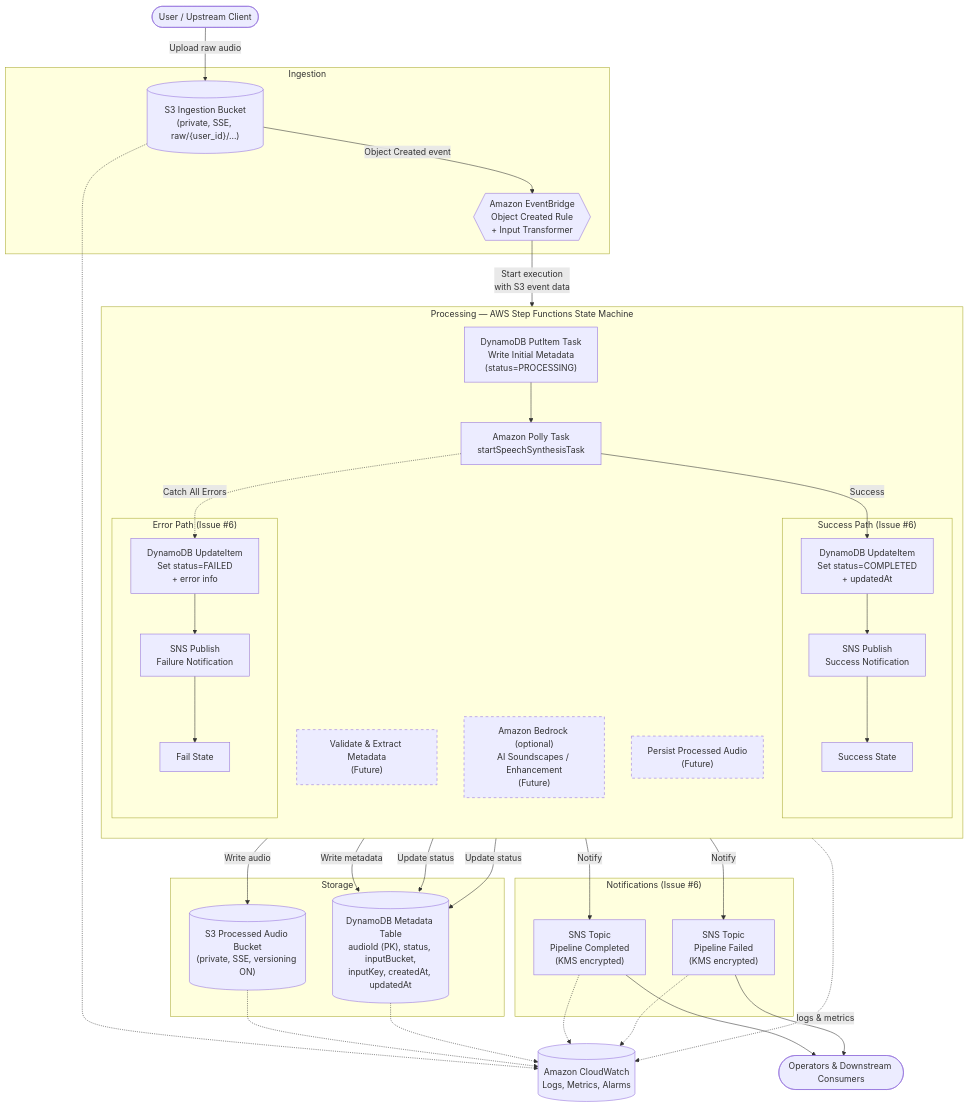
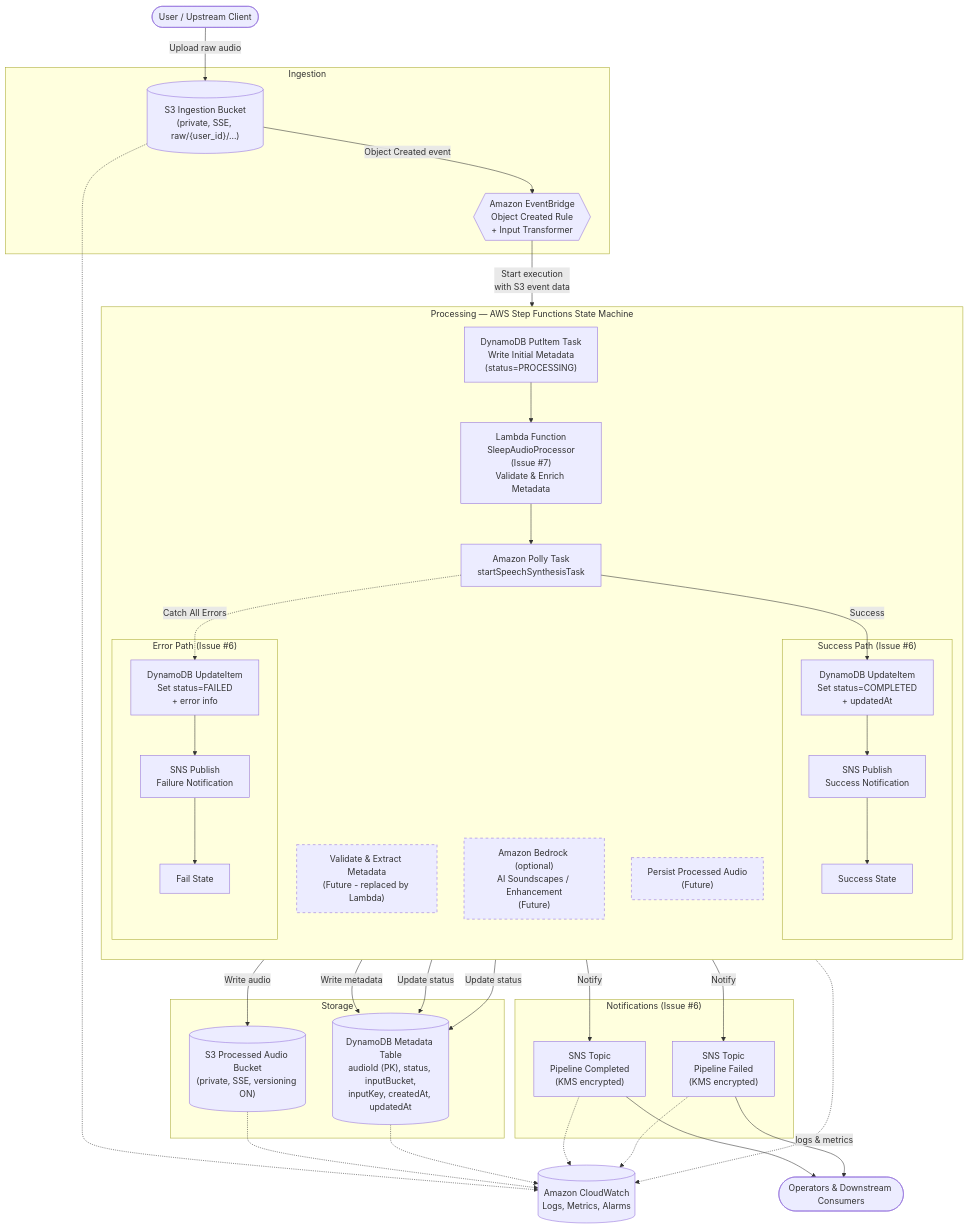
One commit to obstreperous-ai/cdk-sleep-java-copilot changed the diagram in ARCHITECTURE.md. Above: the diagram before and after it, drawn with Mermaid. The commit also changed other lines of this file, not shown here.

First line of the commit message:
docs: Update ARCHITECTURE.md for Lambda integration (Issue #7)

````diff
--- a/ARCHITECTURE.md
+++ b/ARCHITECTURE.md
@@ -68,74 +69,76 @@
 ```mermaid
 flowchart TD
     User([User / Upstream Client])
 
     subgraph Ingestion
         S3In[("S3 Ingestion Bucket<br/>(private, SSE, raw/{user_id}/...)")]
         EB{{"Amazon EventBridge<br/>Object Created Rule<br/>+ Input Transformer"}}
     end
 
     subgraph Processing["Processing — AWS Step Functions State Machine"]
         direction TB
         PutMetadata["DynamoDB PutItem Task<br/>Write Initial Metadata<br/>(status=PROCESSING)"]
+        ProcessAudio["Lambda Function<br/>SleepAudioProcessor<br/>(Issue #7)<br/>Validate & Enrich Metadata"]
         Polly["Amazon Polly Task<br/>startSpeechSynthesisTask"]
         
         subgraph SuccessPath["Success Path (Issue #6)"]
             UpdateCompleted["DynamoDB UpdateItem<br/>Set status=COMPLETED<br/>+ updatedAt"]
             PublishSuccess["SNS Publish<br/>Success Notification"]
             Success["Success State"]
             UpdateCompleted --> PublishSuccess --> Success
         end
         
         subgraph ErrorPath["Error Path (Issue #6)"]
             UpdateFailed["DynamoDB UpdateItem<br/>Set status=FAILED<br/>+ error info"]
             PublishFailure["SNS Publish<br/>Failure Notification"]
             Fail["Fail State"]
             UpdateFailed --> PublishFailure --> Fail
         end
         
-        PutMetadata --> Polly
+        PutMetadata --> ProcessAudio
+        ProcessAudio --> Polly
         Polly -->|Success| UpdateCompleted
         Polly -.->|Catch All Errors| UpdateFailed
         
         %% Future states (not yet implemented)
-        Validate["Validate & Extract Metadata<br/>(Future)"]
+        Validate["Validate & Extract Metadata<br/>(Future - replaced by Lambda)"]
         Bedrock["Amazon Bedrock (optional)<br/>AI Soundscapes / Enhancement<br/>(Future)"]
         Persist["Persist Processed Audio<br/>(Future)"]
         
         style Validate stroke-dasharray: 5 5
         style Bedrock stroke-dasharray: 5 5
         style Persist stroke-dasharray: 5 5
     end
 
     subgraph Storage
         S3Out[("S3 Processed Audio Bucket<br/>(private, SSE, versioning ON)")]
         DDB[("DynamoDB Metadata Table<br/>audioId (PK), status, inputBucket,<br/>inputKey, createdAt, updatedAt")]
     end
 
     subgraph Notifications["Notifications (Issue #6)"]
         SNSCompleted["SNS Topic<br/>Pipeline Completed<br/>(KMS encrypted)"]
         SNSFailed["SNS Topic<br/>Pipeline Failed<br/>(KMS encrypted)"]
     end
 
     Ops([Operators & Downstream Consumers])
     CW[("Amazon CloudWatch<br/>Logs, Metrics, Alarms")]
 
     User -->|Upload raw audio| S3In
     S3In -->|Object Created event| EB
     EB -->|Start execution<br/>with S3 event data| PutMetadata
     PutMetadata -->|Write metadata| DDB
     UpdateCompleted -->|Update status| DDB
     UpdateFailed -->|Update status| DDB
     Polly -->|Write audio| S3Out
     PublishSuccess -->|Notify| SNSCompleted
     PublishFailure -->|Notify| SNSFailed
     SNSCompleted --> Ops
     SNSFailed --> Ops
 
     Processing -.->|logs & metrics| CW
     S3In -.-> CW
     S3Out -.-> CW
     DDB -.-> CW
     SNSCompleted -.-> CW
     SNSFailed -.-> CW
 ```
````
